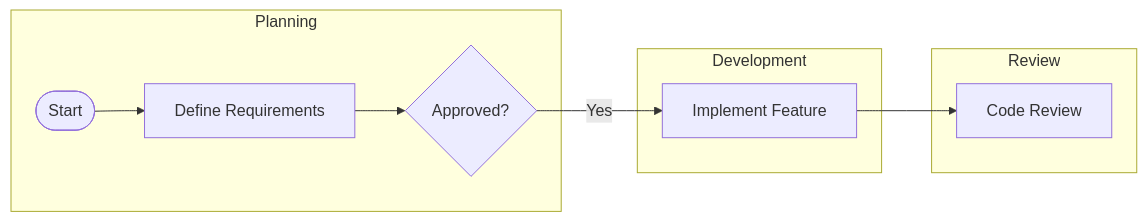
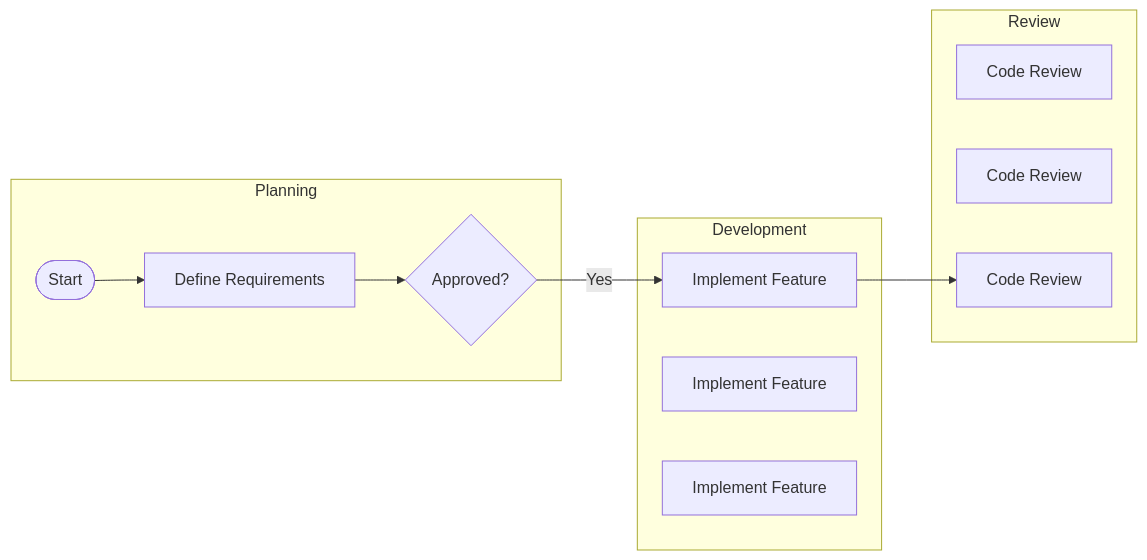
One commit to pingpm/mermaid_vault changed the diagram in mmd/123_af5300cc-6d6d-4905-8888-06a9c48e023e.mmd. Above: the diagram before and after it, drawn with Mermaid. The commit also changed 6 other files, not shown here.

Commit message:
Sync Mermaid Studio data (26 diagrams)

```diff
--- a/mmd/123_af5300cc-6d6d-4905-8888-06a9c48e023e.mmd
+++ b/mmd/123_af5300cc-6d6d-4905-8888-06a9c48e023e.mmd
@@ -1,16 +1,20 @@
 flowchart LR
   subgraph lane_0["Planning"]
     t_0{"Approved?"}
     t_1(["Start"])
     t_2["Define Requirements"]
   end
   subgraph lane_1["Development"]
     t_3["Implement Feature"]
+    t_4["Implement Feature"]
+    t_5["Implement Feature"]
   end
   subgraph lane_2["Review"]
-    t_4["Code Review"]
+    t_6["Code Review"]
+    t_7["Code Review"]
+    t_8["Code Review"]
   end
   t_1 --> t_2
   t_2 --> t_0
   t_0 -->|"Yes"| t_3
-  t_3 --> t_4
+  t_3 --> t_8
```
